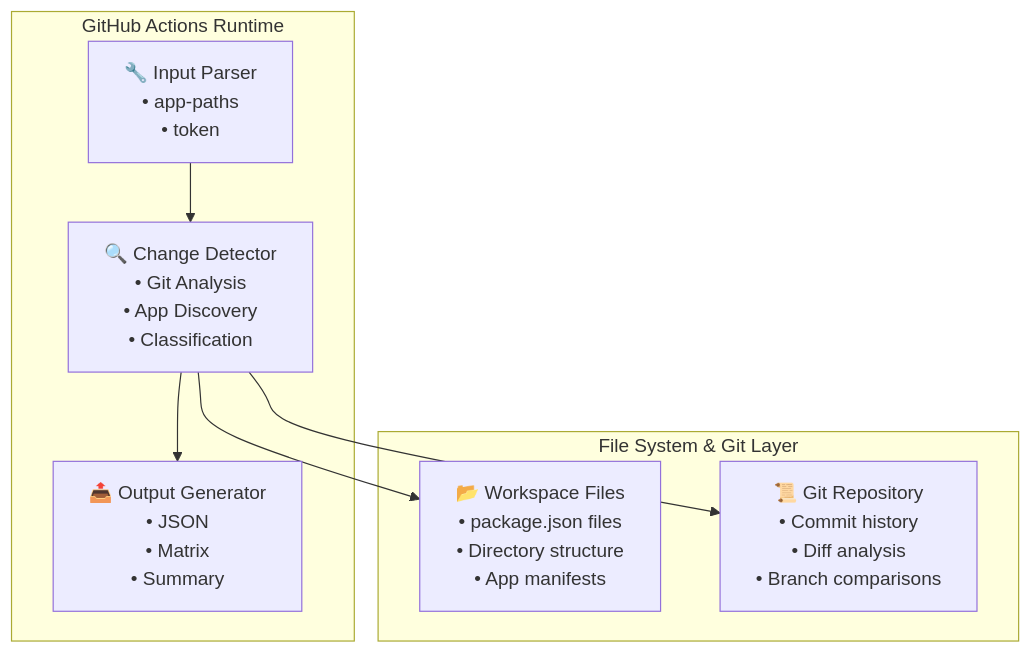
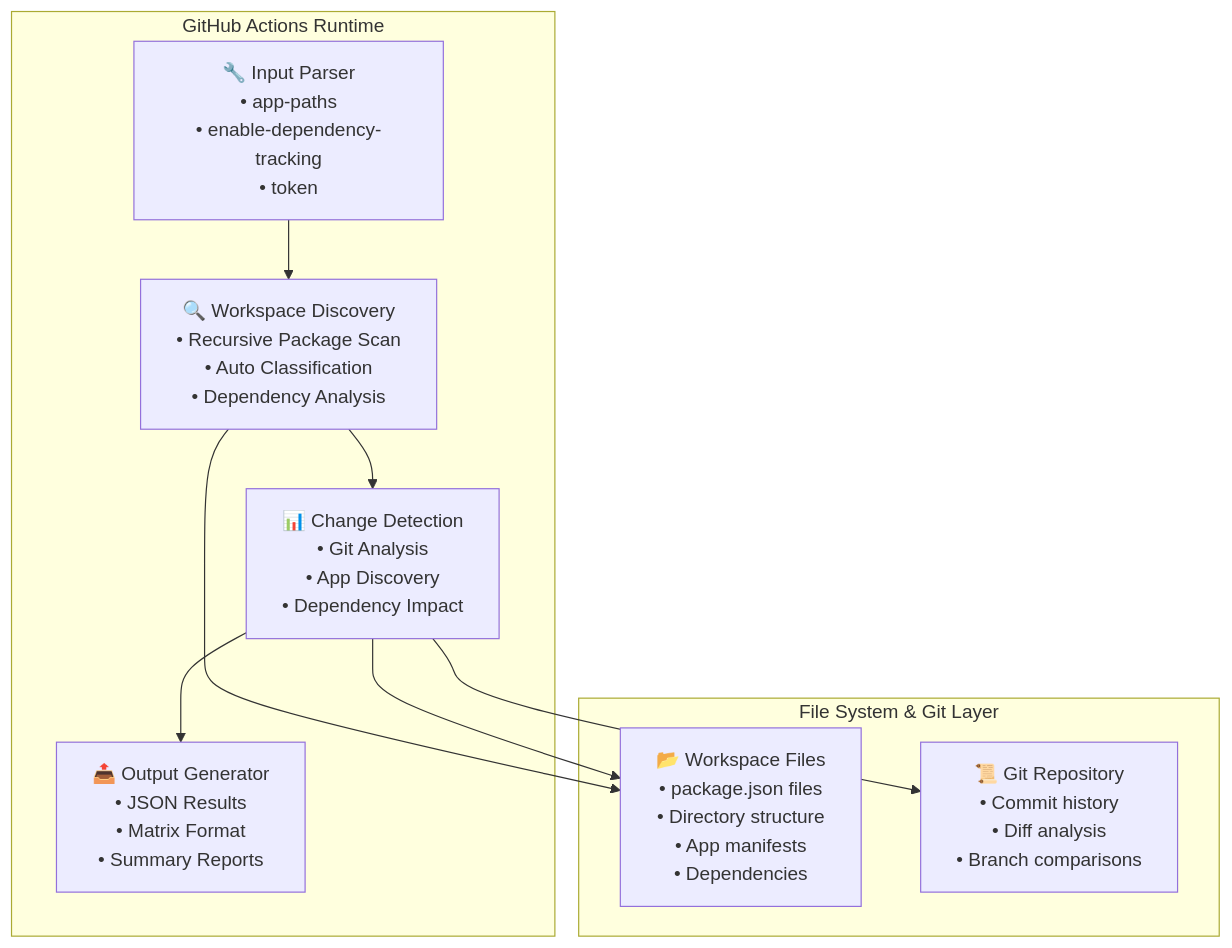
Before and after one commit to equinor/fusion-action-app-change: the first of 11 diagrams in docs/ARCHITECTURE.md, drawn with Mermaid. The commit also changed other lines of this file and 15 other files, not shown here.

First line of the commit message:
feat: Add dependency tracking with workspace discovery and modular architecture

````diff
--- a/docs/ARCHITECTURE.md
+++ b/docs/ARCHITECTURE.md
@@ -9,19 +9,22 @@
 ```mermaid
 graph TB
     subgraph "GitHub Actions Runtime"
-        IP["🔧 Input Parser<br/>• app-paths<br/>• token"]
-        CD["🔍 Change Detector<br/>• Git Analysis<br/>• App Discovery<br/>• Classification"]
-        OG["📤 Output Generator<br/>• JSON<br/>• Matrix<br/>• Summary"]
+        IP["🔧 Input Parser<br/>• app-paths<br/>• enable-dependency-tracking<br/>• token"]
+        WD["🔍 Workspace Discovery<br/>• Recursive Package Scan<br/>• Auto Classification<br/>• Dependency Analysis"]
+        CD["📊 Change Detection<br/>• Git Analysis<br/>• App Discovery<br/>• Dependency Impact"]
+        OG["📤 Output Generator<br/>• JSON Results<br/>• Matrix Format<br/>• Summary Reports"]
         
-        IP --> CD
+        IP --> WD
+        WD --> CD
         CD --> OG
     end
     
     subgraph "File System & Git Layer"
-        WF["📂 Workspace Files<br/>• package.json files<br/>• Directory structure<br/>• App manifests"]
+        WF["📂 Workspace Files<br/>• package.json files<br/>• Directory structure<br/>• App manifests<br/>• Dependencies"]
         GR["📜 Git Repository<br/>• Commit history<br/>• Diff analysis<br/>• Branch comparisons"]
     end
     
+    WD --> WF
     CD --> WF
     CD --> GR
 ```
````
